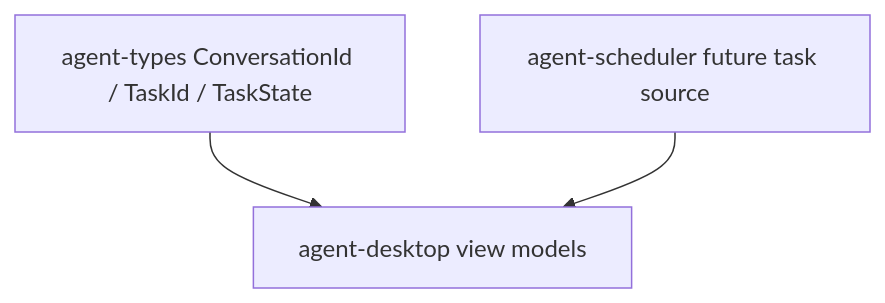
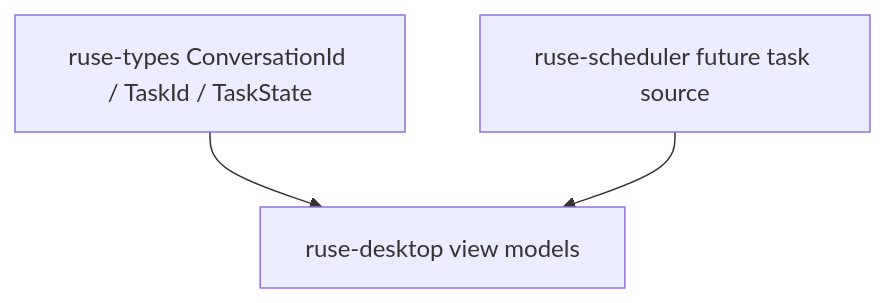
One commit to poneding/agent changed the diagram in docs/specs/M10-02-conversation-tasks.spec.md. Above: the diagram before and after it, drawn with Mermaid. The commit also changed other lines of this file and 2091 other files, not shown here.

First line of the commit message:
refactor: rename agent branding to ruse

````diff
--- a/docs/specs/M10-02-conversation-tasks.spec.md
+++ b/docs/specs/M10-02-conversation-tasks.spec.md
@@ -32,5 +32,5 @@
 ```mermaid
 flowchart TD
-  types["agent-types ConversationId / TaskId / TaskState"] --> desktop["agent-desktop view models"]
-  scheduler["agent-scheduler future task source"] --> desktop
+  types["ruse-types ConversationId / TaskId / TaskState"] --> desktop["ruse-desktop view models"]
+  scheduler["ruse-scheduler future task source"] --> desktop
 ```
````
